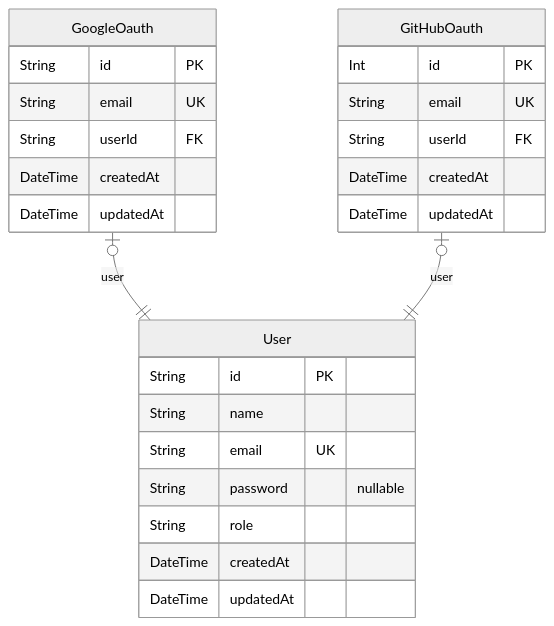
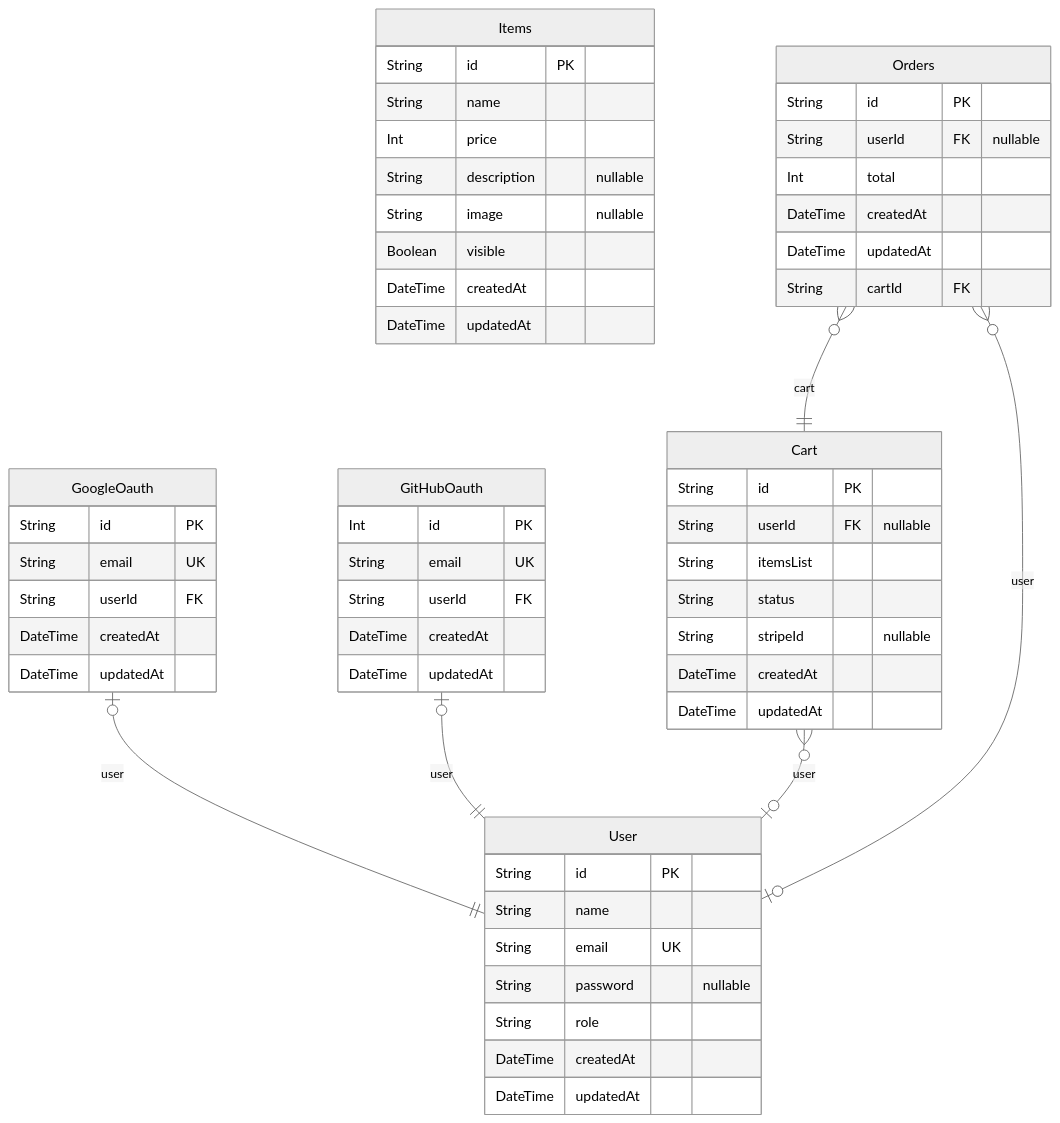
One commit to mizphses/mizpos-backend changed the diagram in docs/ERD.md. Above: the diagram before and after it, drawn with Mermaid (neutral theme). The commit also changed other lines of this file and 9 other files, not shown here.

````diff
--- a/docs/ERD.md
+++ b/docs/ERD.md
@@ -7,28 +7,58 @@
 ```mermaid
 erDiagram
 "User" {
   String id PK
   String name
   String email UK
   String password "nullable"
   String role
   DateTime createdAt
   DateTime updatedAt
 }
 "GoogleOauth" {
   String id PK
   String email UK
   String userId FK
   DateTime createdAt
   DateTime updatedAt
 }
 "GitHubOauth" {
   Int id PK
   String email UK
   String userId FK
   DateTime createdAt
   DateTime updatedAt
 }
+"Items" {
+  String id PK
+  String name
+  Int price
+  String description "nullable"
+  String image "nullable"
+  Boolean visible
+  DateTime createdAt
+  DateTime updatedAt
+}
+"Cart" {
+  String id PK
+  String userId FK "nullable"
+  String itemsList
+  String status
+  String stripeId "nullable"
+  DateTime createdAt
+  DateTime updatedAt
+}
+"Orders" {
+  String id PK
+  String userId FK "nullable"
+  Int total
+  DateTime createdAt
+  DateTime updatedAt
+  String cartId FK
+}
 "GoogleOauth" |o--|| "User" : user
 "GitHubOauth" |o--|| "User" : user
+"Cart" }o--o| "User" : user
+"Orders" }o--o| "User" : user
+"Orders" }o--|| "Cart" : cart
 ```
````
